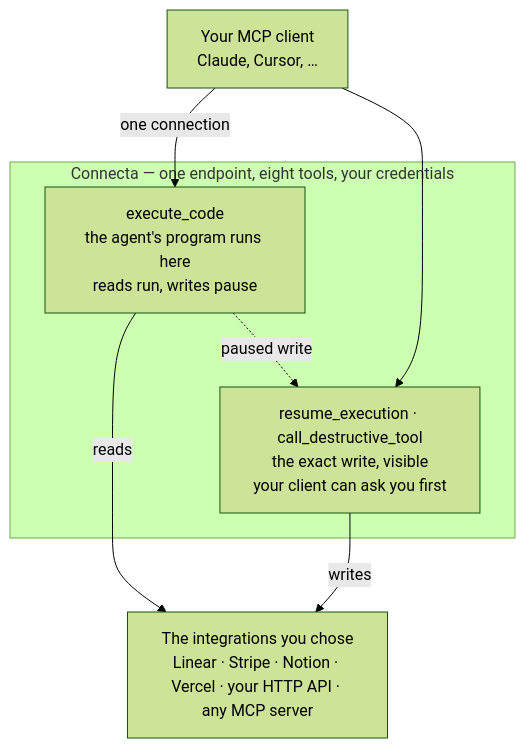
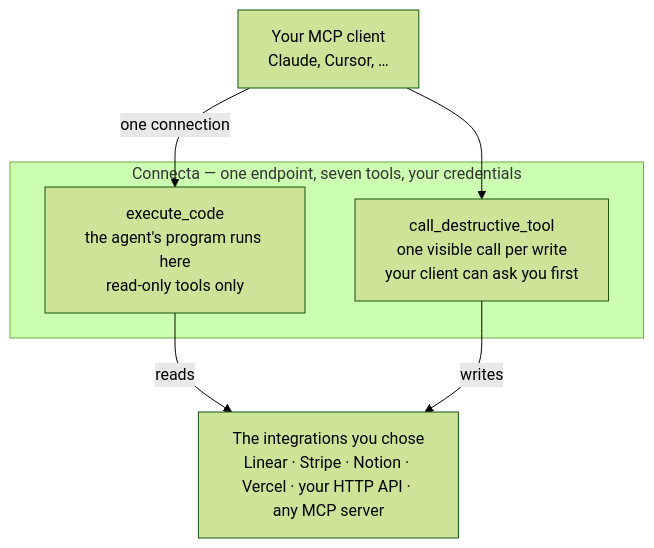
One commit to zackbart/connecta changed the diagram in README.md. Above: the diagram before and after it, drawn with Mermaid (forest theme). The commit also changed other lines of this file and 62 other files, not shown here.

First line of the commit message:
Remove program pauses and resume_execution (#672)

````diff
--- a/README.md
+++ b/README.md
@@ -30,17 +29,16 @@
 ```mermaid
 flowchart TB
     Client["Your MCP client<br/>Claude, Cursor, …"]
 
-    subgraph Connecta["Connecta — one endpoint, eight tools, your credentials"]
-        Sandbox["execute_code<br/>the agent's program runs here<br/>reads run, writes pause"]
-        Explicit["resume_execution · call_destructive_tool<br/>the exact write, visible<br/>your client can ask you first"]
+    subgraph Connecta["Connecta — one endpoint, seven tools, your credentials"]
+        Sandbox["execute_code<br/>the agent's program runs here<br/>read-only tools only"]
+        Explicit["call_destructive_tool<br/>one visible call per write<br/>your client can ask you first"]
     end
 
     Integrations["The integrations you chose<br/>Linear · Stripe · Notion · Vercel · your HTTP API · any MCP server"]
 
     Client -->|"one connection"| Sandbox
     Client --> Explicit
     Sandbox -->|"reads"| Integrations
-    Sandbox -.->|"paused write"| Explicit
     Explicit -->|"writes"| Integrations
 ```
````
